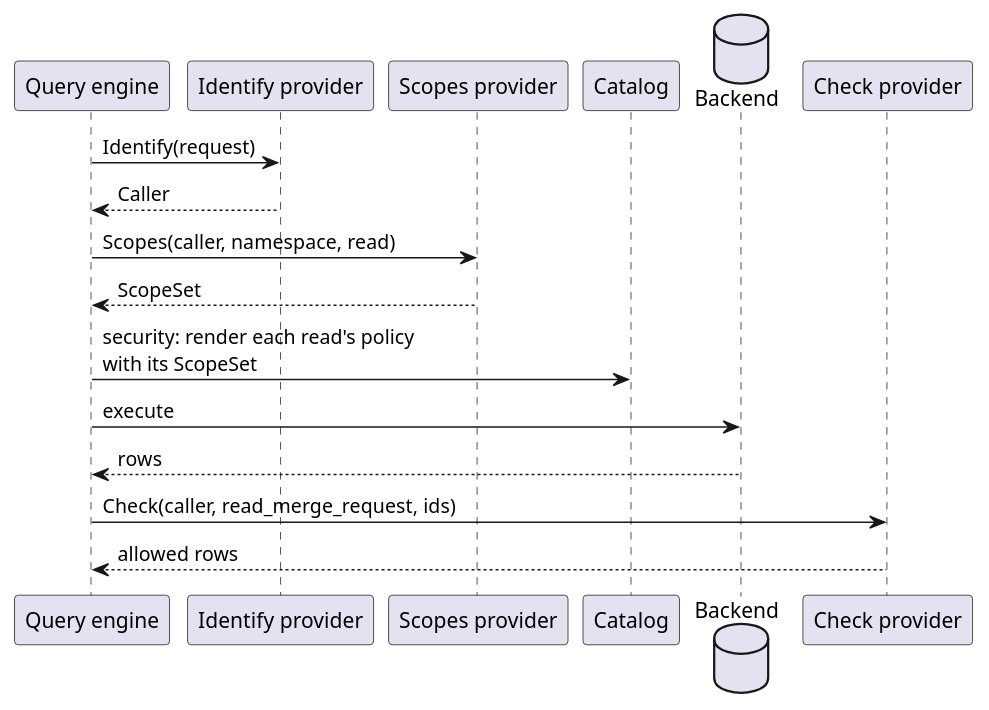
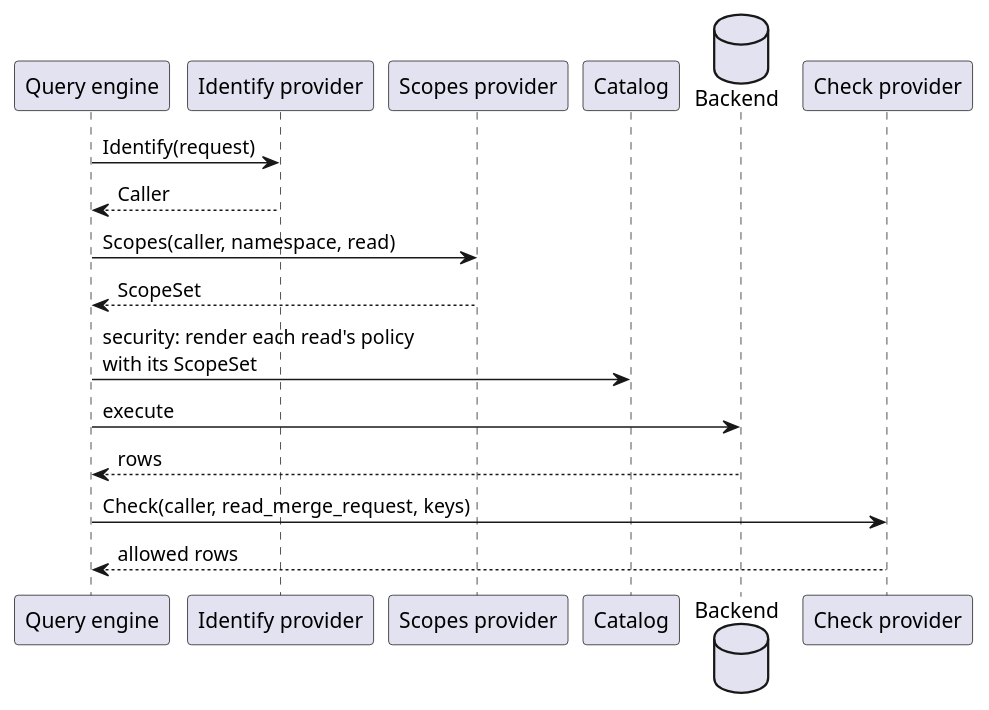
The seventh of 9 diagrams in docs/pages/engineering/adr/024_pluggable_data_model.md (gitlabhq/orbit-knowledge-graph), drawn with PlantUML before and after one commit. The commit also changed other lines of this file and 1 other file, not shown here.

````diff
--- a/docs/pages/engineering/adr/024_pluggable_data_model.md
+++ b/docs/pages/engineering/adr/024_pluggable_data_model.md
@@ -411,22 +432,22 @@
 ```plantuml
 @startuml
 set separator none
 skinparam shadowing false
 participant "Query engine" as Q
 participant "Identify provider" as ID
 participant "Scopes provider" as SC
 participant "Catalog" as C
 database "Backend" as B
 participant "Check provider" as CK
 
 Q -> ID : Identify(request)
 ID --> Q : Caller
 Q -> SC : Scopes(caller, namespace, read)
 SC --> Q : ScopeSet
 Q -> C : security: render each read's policy\nwith its ScopeSet
 Q -> B : execute
 B --> Q : rows
-Q -> CK : Check(caller, read_merge_request, ids)
+Q -> CK : Check(caller, read_merge_request, keys)
 CK --> Q : allowed rows
 @enduml
 ```
````
